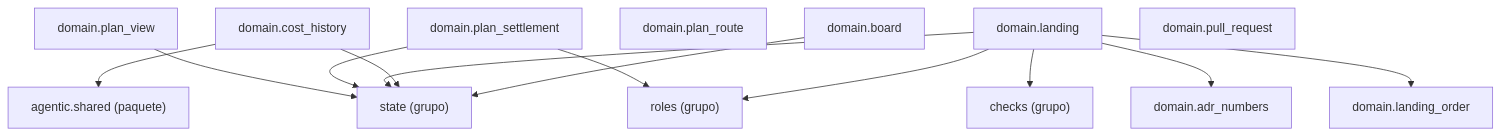
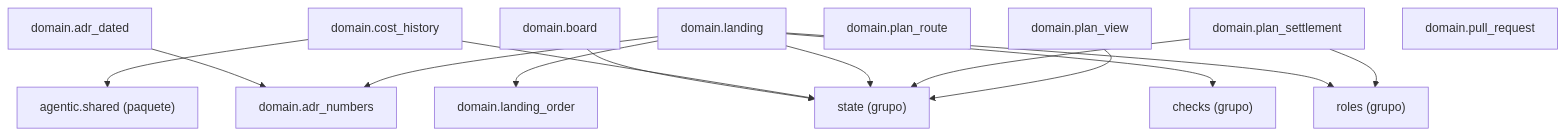
One commit to GonzaloZevallos/agentic-system changed the diagram in docs/architecture/generated/packages-process-domain-landing.md. Above: the diagram before and after it, drawn with Mermaid. The commit also changed 12 other files, not shown here.

First line of the commit message:
Add the Undated trigger and the first-date read for dated ADR products

````diff
--- a/docs/architecture/generated/packages-process-domain-landing.md
+++ b/docs/architecture/generated/packages-process-domain-landing.md
@@ -11,27 +11,29 @@
 ```mermaid
 graph TD
     g_domain__checks["checks (grupo)"]
     g_domain__roles["roles (grupo)"]
     g_domain__state["state (grupo)"]
     g_pkg__agentic__shared["agentic.shared (paquete)"]
+    m_domain__adr_dated["domain.adr_dated"]
     m_domain__adr_numbers["domain.adr_numbers"]
     m_domain__board["domain.board"]
     m_domain__cost_history["domain.cost_history"]
     m_domain__landing["domain.landing"]
     m_domain__landing_order["domain.landing_order"]
     m_domain__plan_route["domain.plan_route"]
     m_domain__plan_settlement["domain.plan_settlement"]
     m_domain__plan_view["domain.plan_view"]
     m_domain__pull_request["domain.pull_request"]
+    m_domain__adr_dated --> m_domain__adr_numbers
     m_domain__board --> g_domain__state
     m_domain__cost_history --> g_domain__state
     m_domain__cost_history --> g_pkg__agentic__shared
     m_domain__landing --> g_domain__checks
     m_domain__landing --> g_domain__roles
     m_domain__landing --> g_domain__state
     m_domain__landing --> m_domain__adr_numbers
     m_domain__landing --> m_domain__landing_order
     m_domain__plan_settlement --> g_domain__roles
     m_domain__plan_settlement --> g_domain__state
     m_domain__plan_view --> g_domain__state
 ```
````
